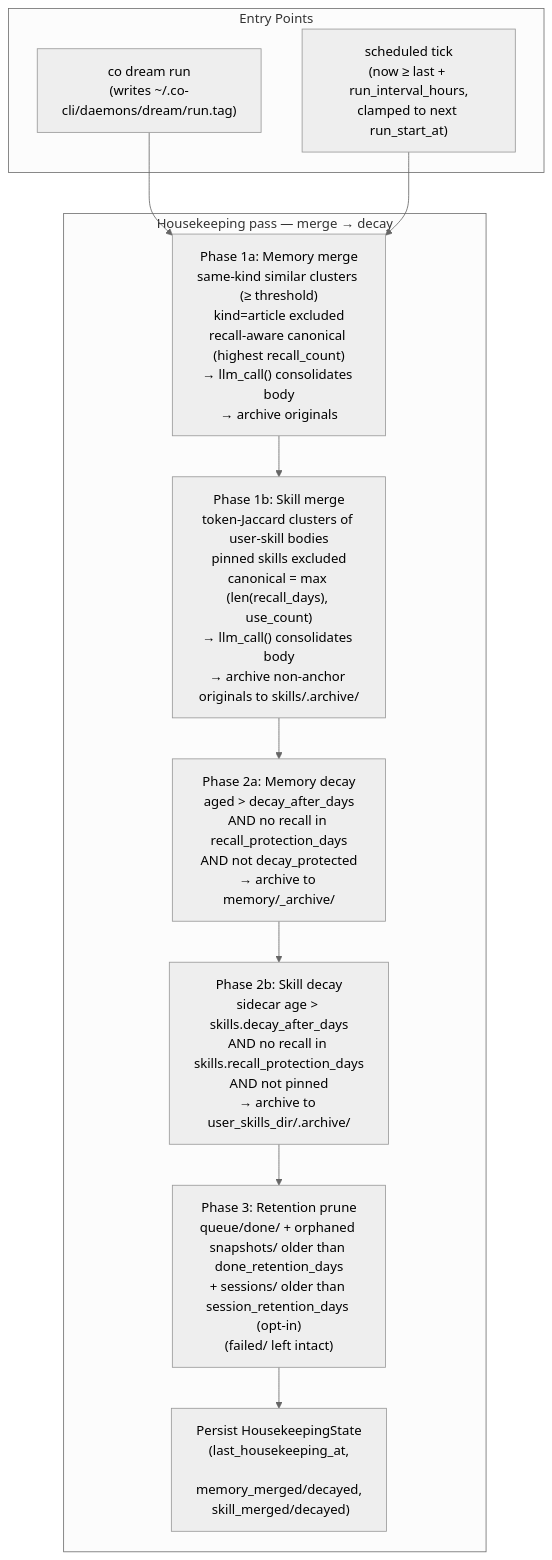
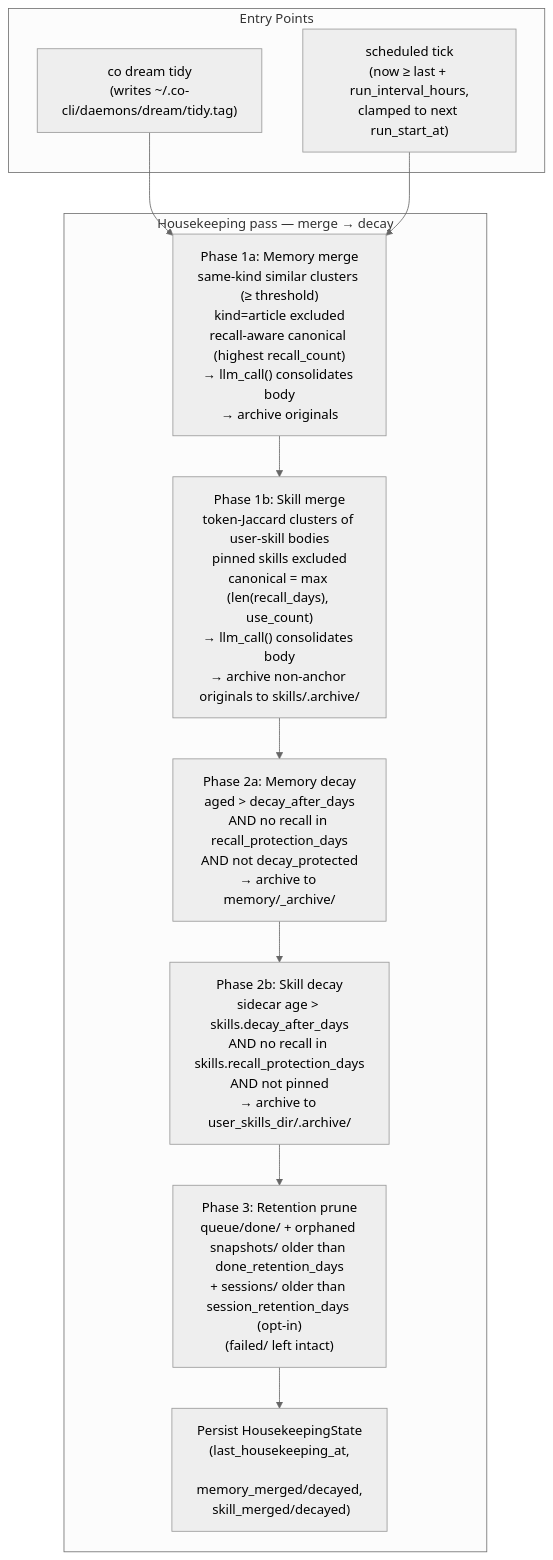
Before and after one commit to binlecode/co-cli: the diagram in docs/specs/dream.md, drawn with Mermaid (neutral theme). The commit also changed other lines of this file and 10 other files, not shown here.

First line of the commit message:
feat: add start/stop/tidy lifecycle control to the /dream slash command

````diff
--- a/docs/specs/dream.md
+++ b/docs/specs/dream.md
@@ -291,24 +291,24 @@
 ```mermaid
 flowchart TD
     subgraph Entry["Entry Points"]
-        Manual["co dream run\n(writes ~/.co-cli/daemons/dream/run.tag)"]
+        Manual["co dream tidy\n(writes ~/.co-cli/daemons/dream/tidy.tag)"]
         Auto["scheduled tick\n(now ≥ last + run_interval_hours,\nclamped to next run_start_at)"]
     end
 
     subgraph Pass["Housekeeping pass — merge → decay"]
         MemMerge["Phase 1a: Memory merge\nsame-kind similar clusters (≥ threshold)\nkind=article excluded\nrecall-aware canonical (highest recall_count)\n→ llm_call() consolidates body\n→ archive originals"]
         SkillMerge["Phase 1b: Skill merge\ntoken-Jaccard clusters of user-skill bodies\npinned skills excluded\ncanonical = max (len(recall_days), use_count)\n→ llm_call() consolidates body\n→ archive non-anchor originals to skills/.archive/"]
         MemDecay["Phase 2a: Memory decay\naged > decay_after_days\nAND no recall in recall_protection_days\nAND not decay_protected\n→ archive to memory/_archive/"]
         SkillDecay["Phase 2b: Skill decay\nsidecar age > skills.decay_after_days\nAND no recall in skills.recall_protection_days\nAND not pinned\n→ archive to user_skills_dir/.archive/"]
         Prune["Phase 3: Retention prune\nqueue/done/ + orphaned snapshots/ older than done_retention_days\n+ sessions/ older than session_retention_days (opt-in)\n(failed/ left intact)"]
         State["Persist HousekeepingState\n(last_housekeeping_at,\n memory_merged/decayed,\n skill_merged/decayed)"]
     end
 
     Manual --> MemMerge
     Auto --> MemMerge
     MemMerge --> SkillMerge
     SkillMerge --> MemDecay
     MemDecay --> SkillDecay
     SkillDecay --> Prune
     Prune --> State
 ```
````
